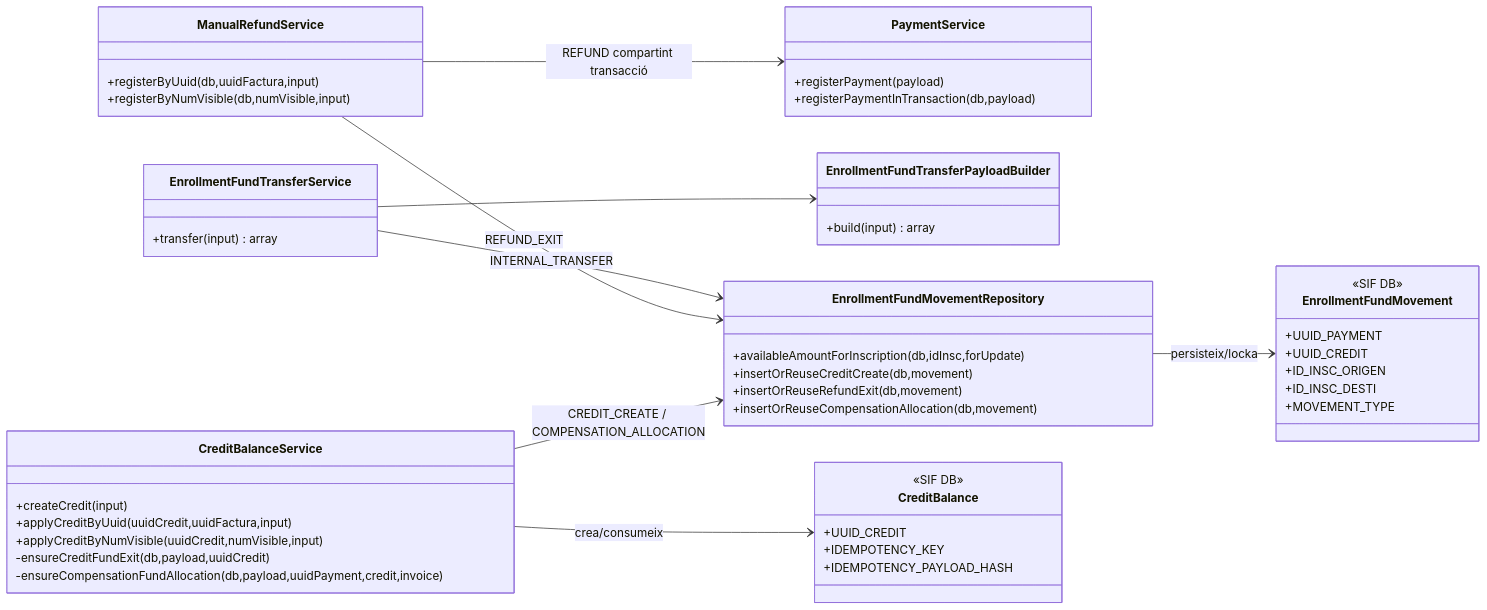
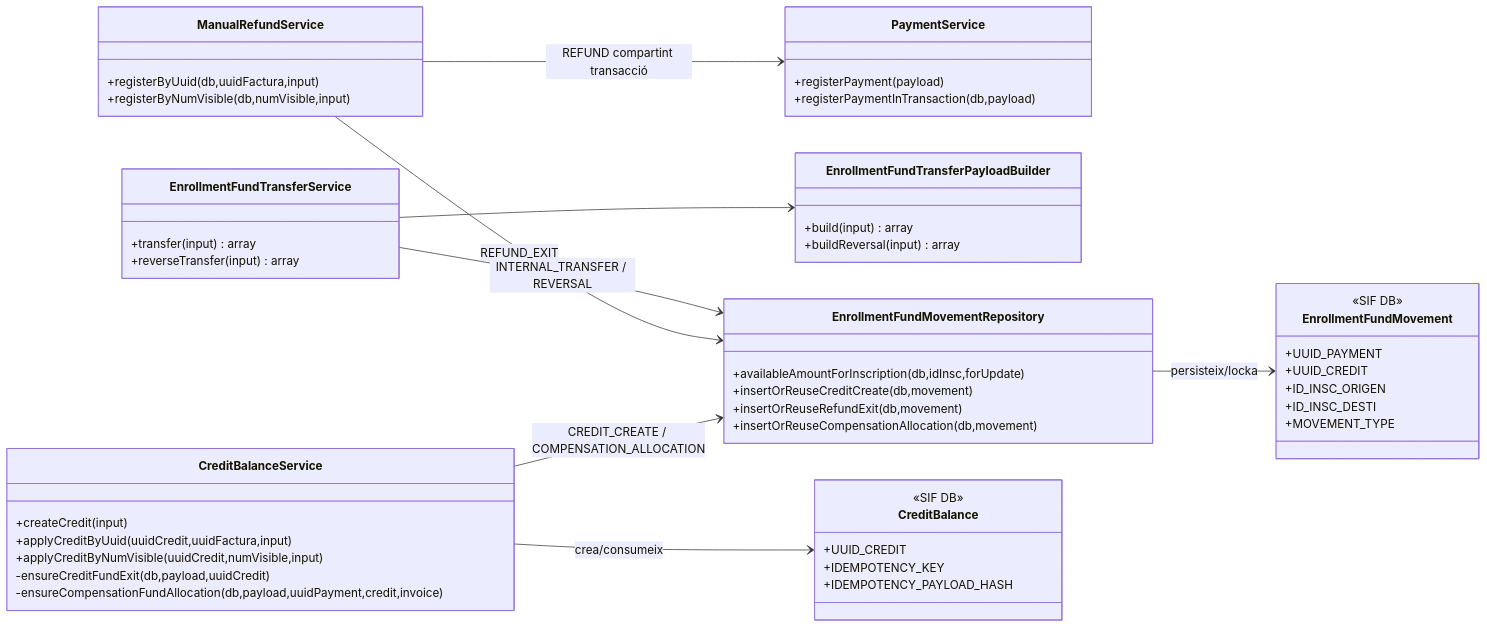
The fifth of 6 diagrams in documentacio/07-uml-integrat/uc-006-classes-actual-final.md (orgmeriemprismacat-del/verifactu), drawn with Mermaid before and after one commit. The commit also changed other lines of this file, not shown here.

Commit message:
docs(UC-006): afegir REVERSAL als diagrames de classes

````diff
--- a/documentacio/07-uml-integrat/uc-006-classes-actual-final.md
+++ b/documentacio/07-uml-integrat/uc-006-classes-actual-final.md
@@ -299,52 +300,54 @@
 ```mermaid
 classDiagram
 direction LR
 class ManualRefundService {
   +registerByUuid(db,uuidFactura,input)
   +registerByNumVisible(db,numVisible,input)
 }
 class PaymentService {
   +registerPayment(payload)
   +registerPaymentInTransaction(db,payload)
 }
 class CreditBalanceService {
   +createCredit(input)
   +applyCreditByUuid(uuidCredit,uuidFactura,input)
   +applyCreditByNumVisible(uuidCredit,numVisible,input)
   -ensureCreditFundExit(db,payload,uuidCredit)
   -ensureCompensationFundAllocation(db,payload,uuidPayment,credit,invoice)
 }
 class EnrollmentFundTransferService {
   +transfer(input) array
+  +reverseTransfer(input) array
 }
 class EnrollmentFundTransferPayloadBuilder {
   +build(input) array
+  +buildReversal(input) array
 }
 class EnrollmentFundMovementRepository {
   +availableAmountForInscription(db,idInsc,forUpdate)
   +insertOrReuseCreditCreate(db,movement)
   +insertOrReuseRefundExit(db,movement)
   +insertOrReuseCompensationAllocation(db,movement)
 }
 class CreditBalance {
   <<SIF DB>>
   +UUID_CREDIT
   +IDEMPOTENCY_KEY
   +IDEMPOTENCY_PAYLOAD_HASH
 }
 class EnrollmentFundMovement {
   <<SIF DB>>
   +UUID_PAYMENT
   +UUID_CREDIT
   +ID_INSC_ORIGEN
   +ID_INSC_DESTI
   +MOVEMENT_TYPE
 }
 EnrollmentFundTransferService --> EnrollmentFundTransferPayloadBuilder
-EnrollmentFundTransferService --> EnrollmentFundMovementRepository : INTERNAL_TRANSFER
+EnrollmentFundTransferService --> EnrollmentFundMovementRepository : INTERNAL_TRANSFER / REVERSAL
 ManualRefundService --> PaymentService : REFUND compartint transacció
 ManualRefundService --> EnrollmentFundMovementRepository : REFUND_EXIT
 CreditBalanceService --> CreditBalance : crea/consumeix
 CreditBalanceService --> EnrollmentFundMovementRepository : CREDIT_CREATE / COMPENSATION_ALLOCATION
 EnrollmentFundMovementRepository --> EnrollmentFundMovement : persisteix/locka
 ```
````
